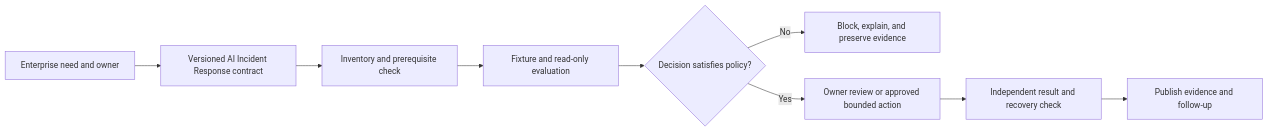
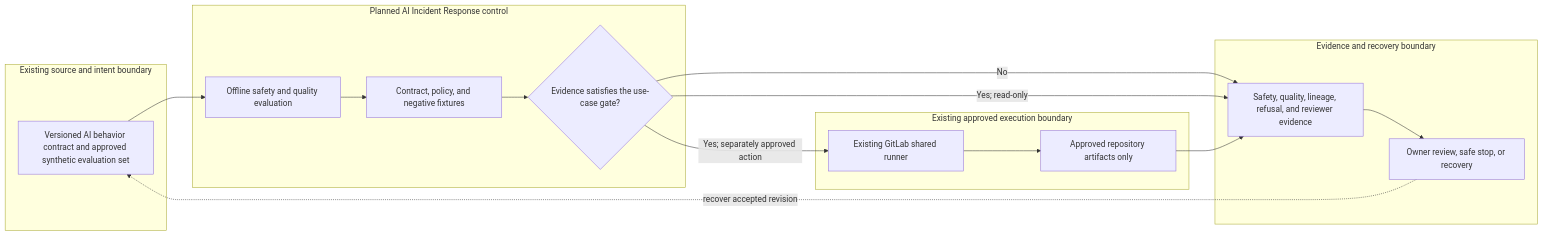
The diagram in docs/use-cases/healthcare-ai/UC-AI-015-ai-incident-response.md (MIDHTECH/enterprise-architecture-docs), drawn with Mermaid before and after one commit. The commit also changed other lines of this file and 227 other files, not shown here.

Commit message:
Deepen architecture for all use case designs

````diff
--- a/docs/use-cases/healthcare-ai/UC-AI-015-ai-incident-response.md
+++ b/docs/use-cases/healthcare-ai/UC-AI-015-ai-incident-response.md
@@ -136,11 +129,25 @@
 ```mermaid
 flowchart LR
-    Need["Enterprise need and owner"] --> Contract["Versioned AI Incident Response contract"]
-    Contract --> Preflight["Inventory and prerequisite check"]
-    Preflight --> Evaluate["Fixture and read-only evaluation"]
-    Evaluate --> Decision{"Decision satisfies policy?"}
-    Decision -->|No| Stop["Block, explain, and preserve evidence"]
-    Decision -->|Yes| Review["Owner review or approved bounded action"]
-    Review --> Verify["Independent result and recovery check"]
-    Verify --> Publish["Publish evidence and follow-up"]
+    subgraph Source["Existing source and intent boundary"]
+        A["Versioned AI behavior contract and approved synthetic evaluation set"]
+    end
+    subgraph Planned["Planned AI Incident Response control"]
+        B["Offline safety and quality evaluation"]
+        C["Contract, policy, and negative fixtures"]
+        D{"Evidence satisfies the use-case gate?"}
+    end
+    subgraph Runtime["Existing approved execution boundary"]
+        E["Existing GitLab shared runner"]
+        F["Approved repository artifacts only"]
+    end
+    subgraph Assurance["Evidence and recovery boundary"]
+        G["Safety, quality, lineage, refusal, and reviewer evidence"]
+        H["Owner review, safe stop, or recovery"]
+    end
+
+    A --> B --> C --> D
+    D -->|No| G --> H
+    D -->|Yes; read-only| G
+    D -->|Yes; separately approved action| E --> F --> G
+    H -. recover accepted revision .-> A
 ```
````
